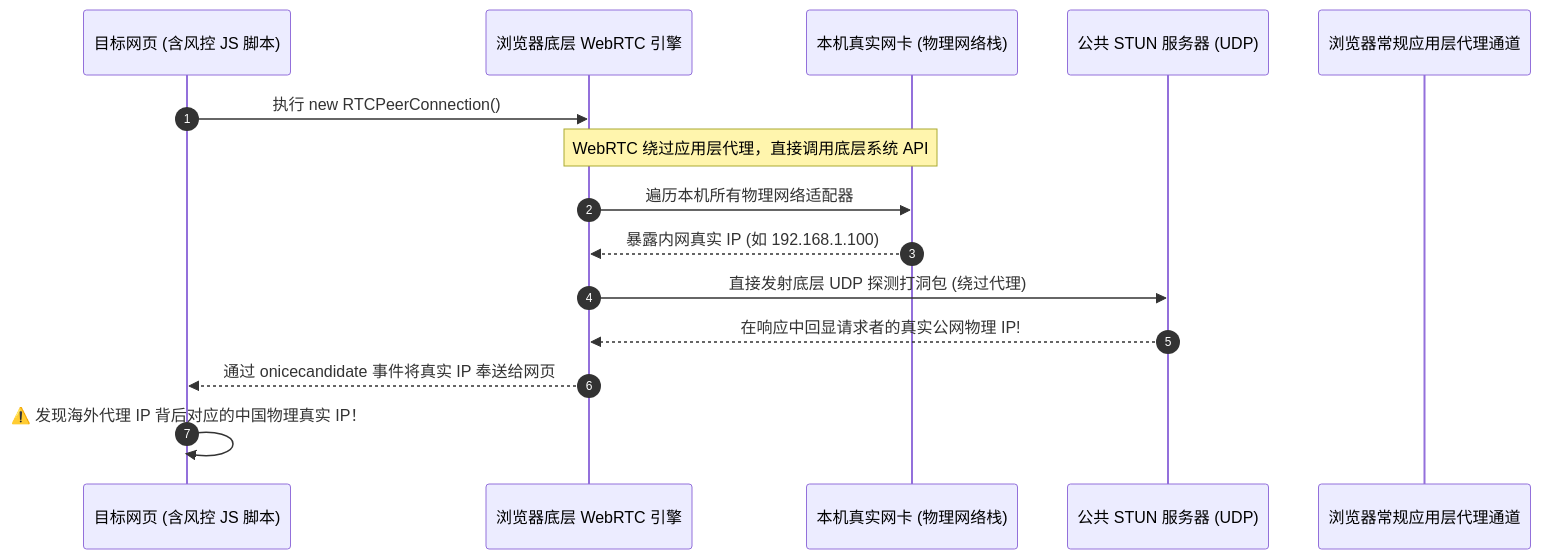
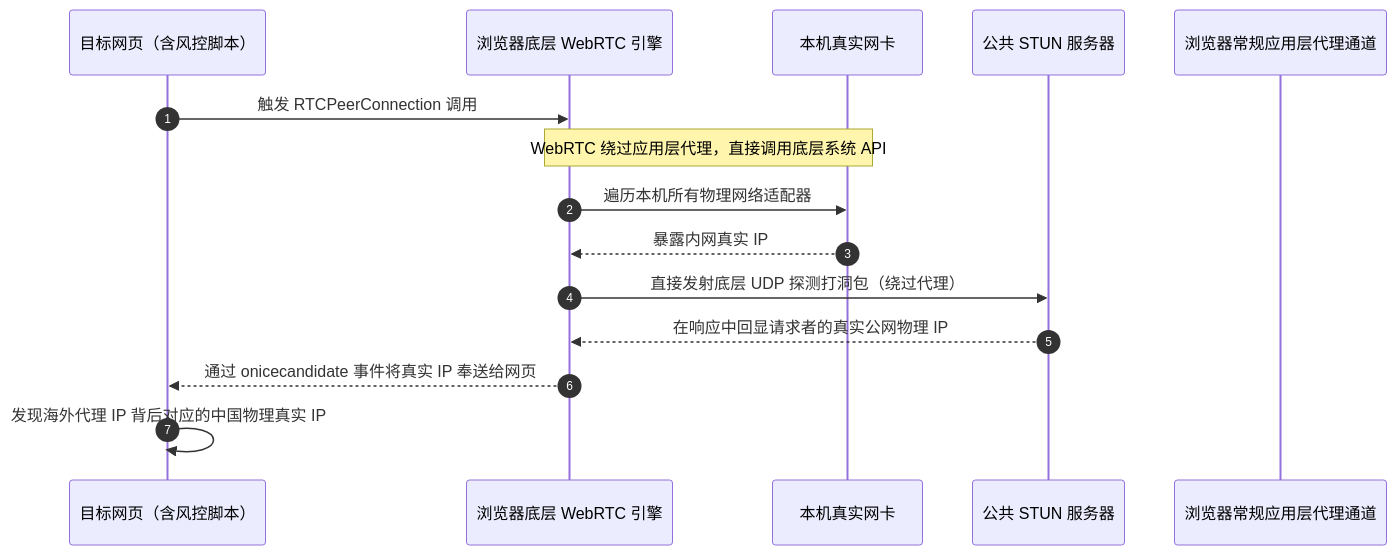
One commit to miku8miku/hexo-fluid-blog changed the second of 2 diagrams in source/_posts/DNS+WebRTC 泄漏.md. Above: the diagram before and after it, drawn with Mermaid. The commit also changed other lines of this file, not shown here.

First line of the commit message:
docs(web): 优化 DNS 和 WebRTC 泄漏说明图表及时序图

````diff
--- a/source/_posts/DNS+WebRTC 泄漏.md
+++ b/source/_posts/DNS+WebRTC 泄漏.md
@@ -207,18 +210,18 @@
 ```mermaid
 sequenceDiagram
-  autonumber
-  participant WebPage as 目标网页 (含风控 JS 脚本)
-  participant BrowserAPI as 浏览器底层 WebRTC 引擎
-  participant PhysicalNIC as 本机真实网卡 (物理网络栈)
-  participant STUN as 公共 STUN 服务器 (UDP)
-  participant ProxyTunnel as 浏览器常规应用层代理通道
+    autonumber
+    participant WebPage as 目标网页（含风控脚本）
+    participant BrowserAPI as 浏览器底层 WebRTC 引擎
+    participant PhysicalNIC as 本机真实网卡
+    participant STUN as 公共 STUN 服务器
+    participant ProxyTunnel as 浏览器常规应用层代理通道
 
-  WebPage->>BrowserAPI: 执行 new RTCPeerConnection()
-  Note over BrowserAPI,PhysicalNIC: WebRTC 绕过应用层代理，直接调用底层系统 API
-  BrowserAPI->>PhysicalNIC: 遍历本机所有物理网络适配器
-  PhysicalNIC-->>BrowserAPI: 暴露内网真实 IP (如 192.168.1.100)
-  BrowserAPI->>STUN: 直接发射底层 UDP 探测打洞包 (绕过代理)
-  STUN-->>BrowserAPI: 在响应中回显请求者的真实公网物理 IP!
-  BrowserAPI-->>WebPage: 通过 onicecandidate 事件将真实 IP 奉送给网页
-  WebPage->>WebPage: ⚠️ 发现海外代理 IP 背后对应的中国物理真实 IP！
+    WebPage->>BrowserAPI: 触发 RTCPeerConnection 调用
+    Note over BrowserAPI,PhysicalNIC: WebRTC 绕过应用层代理，直接调用底层系统 API
+    BrowserAPI->>PhysicalNIC: 遍历本机所有物理网络适配器
+    PhysicalNIC-->>BrowserAPI: 暴露内网真实 IP
+    BrowserAPI->>STUN: 直接发射底层 UDP 探测打洞包（绕过代理）
+    STUN-->>BrowserAPI: 在响应中回显请求者的真实公网物理 IP
+    BrowserAPI-->>WebPage: 通过 onicecandidate 事件将真实 IP 奉送给网页
+    WebPage->>WebPage: 发现海外代理 IP 背后对应的中国物理真实 IP
 ```
````
